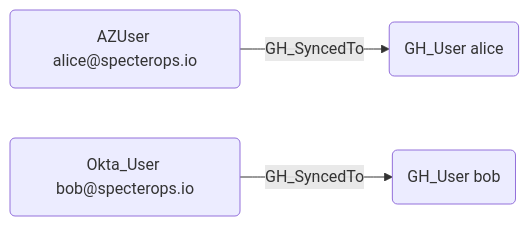
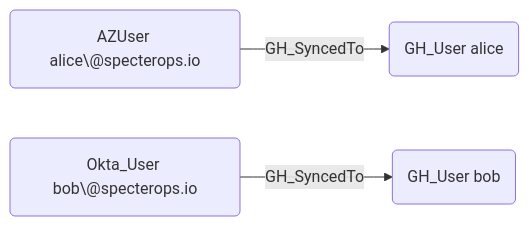
Before and after one commit to SpecterOps/bloodhound-docs: the diagram in docs/opengraph/extensions/githound/reference/edges/gh_syncedto.mdx, drawn with Mermaid. The commit also changed 5 other files, not shown here.

Commit message:
fix mermaid diagrams with @

````diff
--- a/docs/opengraph/extensions/githound/reference/edges/gh_syncedto.mdx
+++ b/docs/opengraph/extensions/githound/reference/edges/gh_syncedto.mdx
@@ -18,9 +18,9 @@
 ```mermaid
 graph LR
-    azUser("AZUser alice@specterops.io")
-    oktaUser("Okta_User bob@specterops.io")
+    azUser("AZUser alice\@specterops.io")
+    oktaUser("Okta_User bob\@specterops.io")
     ghUser1("GH_User alice")
     ghUser2("GH_User bob")
     azUser -- GH_SyncedTo --> ghUser1
     oktaUser -- GH_SyncedTo --> ghUser2
 ```
````
